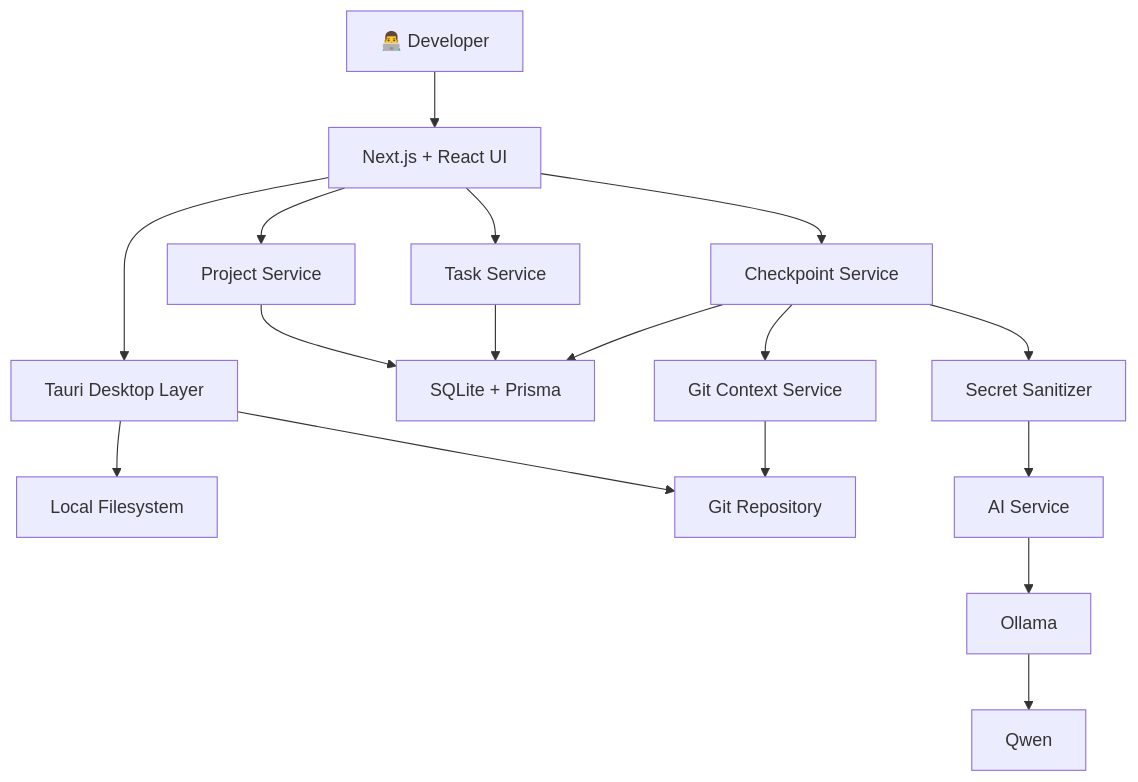
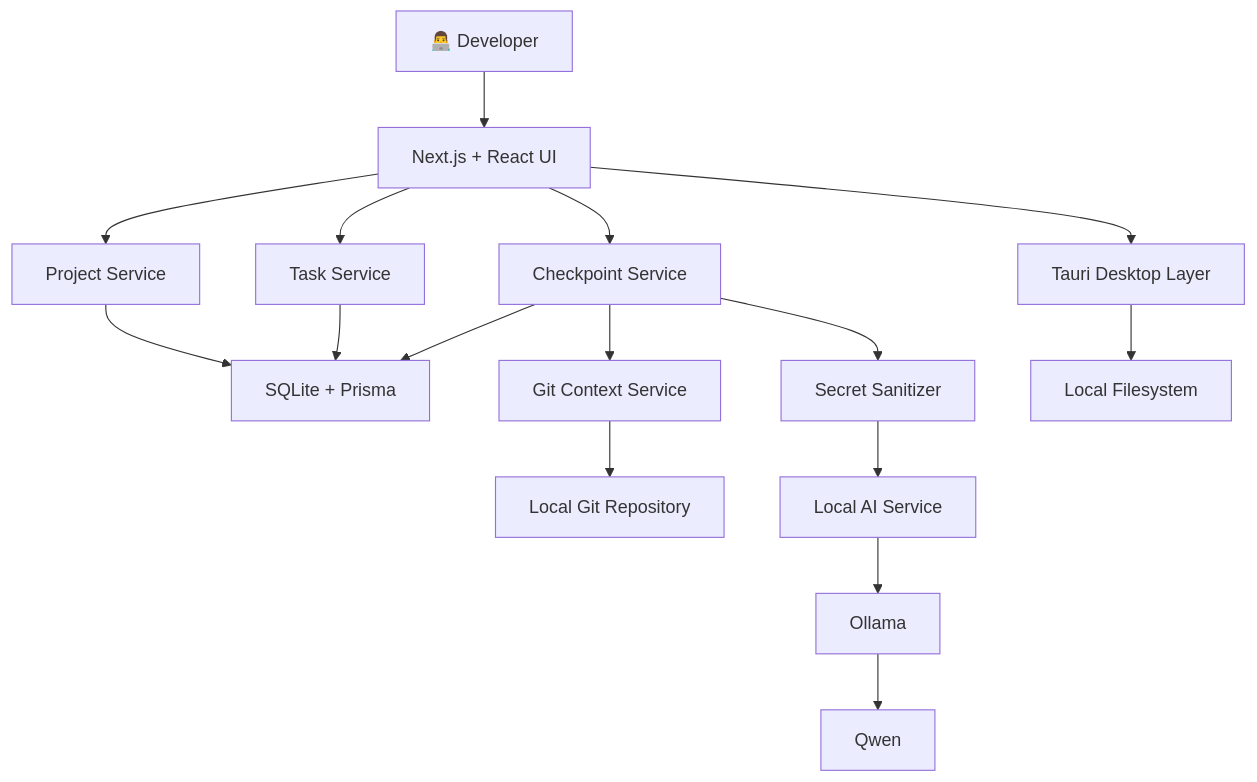
The third of 4 diagrams in README.md (ananyaa0204/DevCheckpoint-CortexCrafters), drawn with Mermaid before and after one commit. The commit also changed other lines of this file, not shown here.

````diff
--- a/README.md
+++ b/README.md
@@ -427,46 +444,44 @@
 ```mermaid
 flowchart TB
 
     DEV["👨‍💻 Developer"]
 
     UI["Next.js + React UI"]
 
     TAURI["Tauri Desktop Layer"]
 
     PROJECT["Project Service"]
     TASK["Task Service"]
     GIT["Git Context Service"]
     CHECKPOINT["Checkpoint Service"]
     SECURITY["Secret Sanitizer"]
-    AI["AI Service"]
+    AI["Local AI Service"]
 
     SQLITE["SQLite + Prisma"]
     OLLAMA["Ollama"]
     QWEN["Qwen"]
     FS["Local Filesystem"]
-    GITREPO["Git Repository"]
+    REPO["Local Git Repository"]
 
     DEV --> UI
-
-    UI --> TAURI
 
     UI --> PROJECT
     UI --> TASK
     UI --> CHECKPOINT
+    UI --> TAURI
 
     PROJECT --> SQLITE
     TASK --> SQLITE
     CHECKPOINT --> SQLITE
 
     TAURI --> FS
-    TAURI --> GITREPO
+    GIT --> REPO
 
-    GIT --> GITREPO
     CHECKPOINT --> GIT
+    CHECKPOINT --> SECURITY
 
-    CHECKPOINT --> SECURITY
     SECURITY --> AI
 
     AI --> OLLAMA
     OLLAMA --> QWEN
 ```
````
